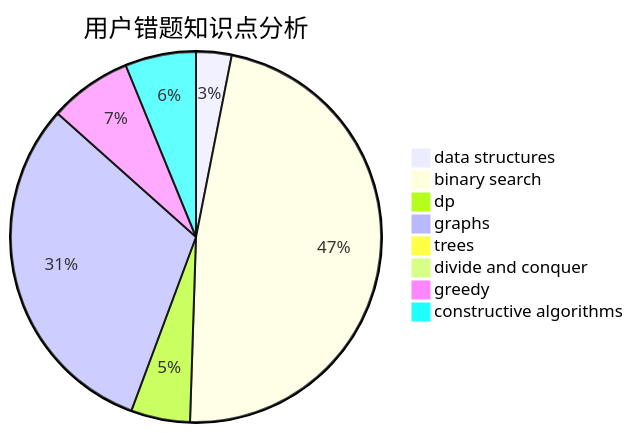
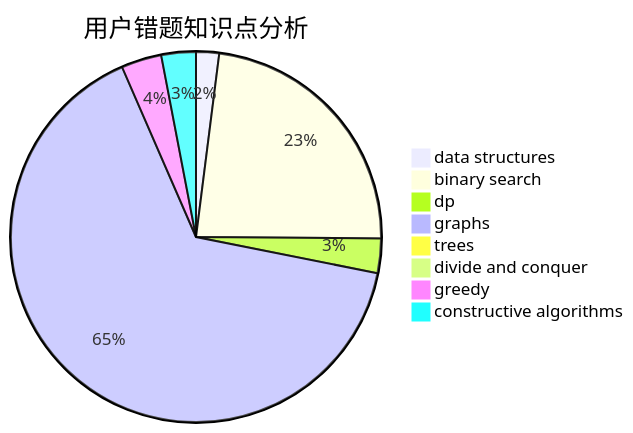
Before and after one commit to sherpahu/cfrs.github.io: the third of 3 diagrams in docs/user/u217.md, drawn with Mermaid. The commit also changed other lines of this file and 2770 other files, not shown here.

````diff
--- a/docs/user/u217.md
+++ b/docs/user/u217.md
@@ -36,11 +36,11 @@
 ```mermaid
 pie title 用户错题知识点分析
-    "data structures" :  3
+    "data structures" :  4
     "binary search" :  46
-    "dp" :  5
-    "graphs" :  30
+    "dp" :  6
+    "graphs" :  130
     "trees" :  0
-    "divide and conquer" :  0
+    "divide and conquer" :  1
     "greedy" :  7
     "constructive algorithms" :  6
 ```
````
